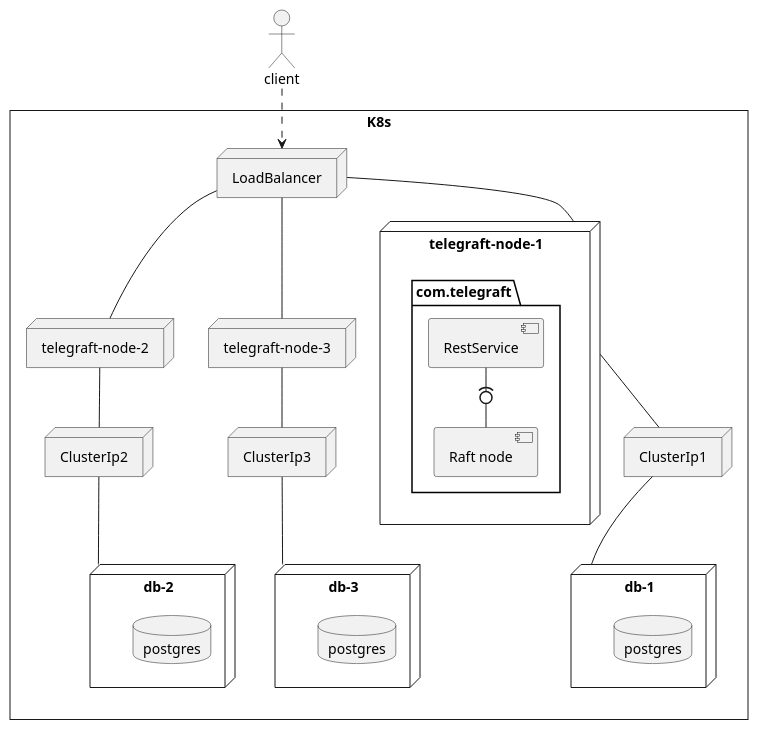
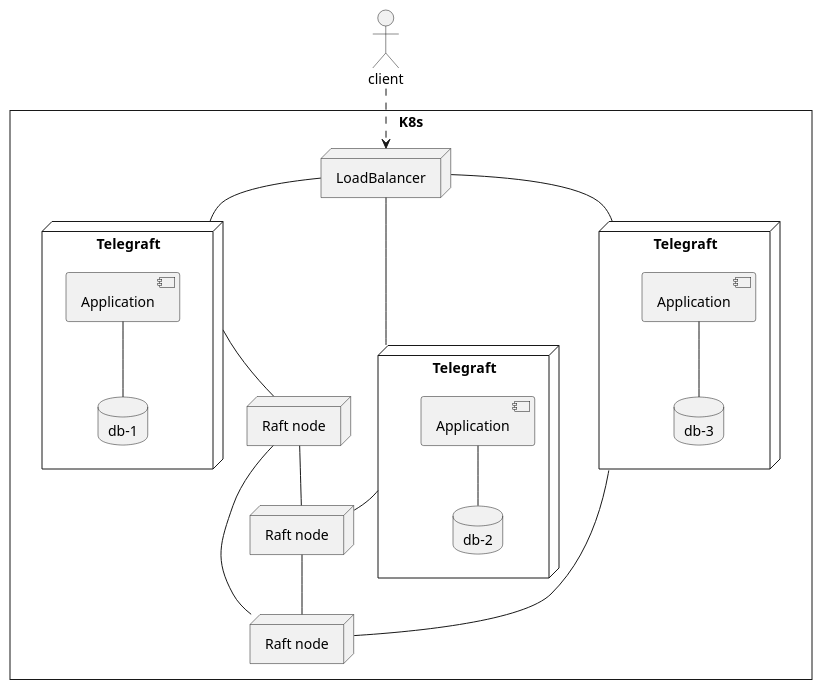
Before and after one commit to strang3nt/Telegraft: the diagram in docs/diagrams/componentDiagrams/kube_cluster.plantuml, drawn with PlantUML. The commit also changed 2 other files, not shown here.

```diff
--- a/docs/diagrams/componentDiagrams/kube_cluster.plantuml
+++ b/docs/diagrams/componentDiagrams/kube_cluster.plantuml
@@ -1,47 +1,47 @@
 @startuml kube_cluster
 
 skinparam style strictuml
 
 actor "client"
 rectangle "K8s" {
 
-  node "telegraft-node-1" as tnode1 {
-    package "com.telegraft" as pack1 {
-      [RestService]
-      [Raft node]
-    }
-  }
-  node "telegraft-node-2" as tnode2
-  node "telegraft-node-3" as tnode3
-
-  node "db-1" as db1 {
-    database "postgres" as ps1
-  }
-  node "db-2" as db2 {
-    database "postgres" as ps2
-  }
-  node "db-3" as db3 {
-    database "postgres" as ps3
+  node Telegraft as tnode1 {
+    component [Application] as app1
+    database "db-1" as db1
   }
 
-  node "LoadBalancer"
-  node "ClusterIp1"
-  node "ClusterIp2"
-  node "ClusterIp3"
+  node Telegraft as tnode2 {
+    component [Application] as app2
+      database "db-2" as db2
+  }
+
+  node Telegraft as tnode3 {
+    component [Application] as app3
+    database "db-3" as db3
+  }
+
+  node "Raft node" as rn1
+  node "Raft node" as rn2
+  node "Raft node" as rn3
+  node LoadBalancer
+
 }
 
 client ..> LoadBalancer
 LoadBalancer -- tnode1
 LoadBalancer -- tnode2
 LoadBalancer -- tnode3
-[RestService] -(0- [Raft node]
 
-tnode1 -- ClusterIp1
-tnode2 -- ClusterIp2
-tnode3 -- ClusterIp3
+app1 -- db1
+app2 -- db2
+app3 -- db3
 
-ClusterIp1 -- db1
-ClusterIp2 -- db2
-ClusterIp3 -- db3
+tnode1 -- rn1
+tnode2 -- rn2
+tnode3 -- rn3
+
+rn1 -- rn2
+rn2 -- rn3
+rn3 -- rn1
 
 @enduml
```
